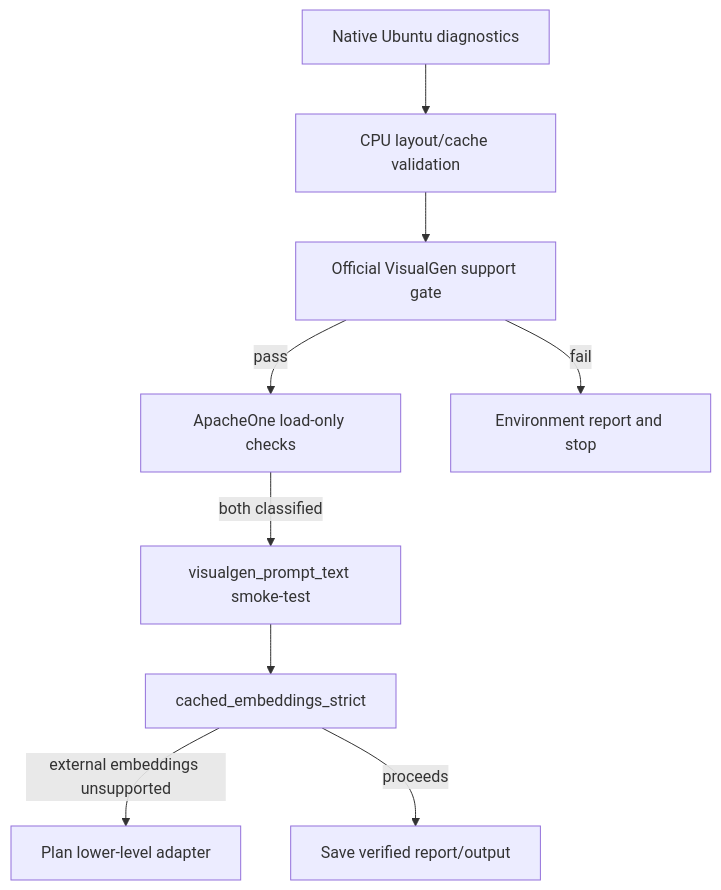
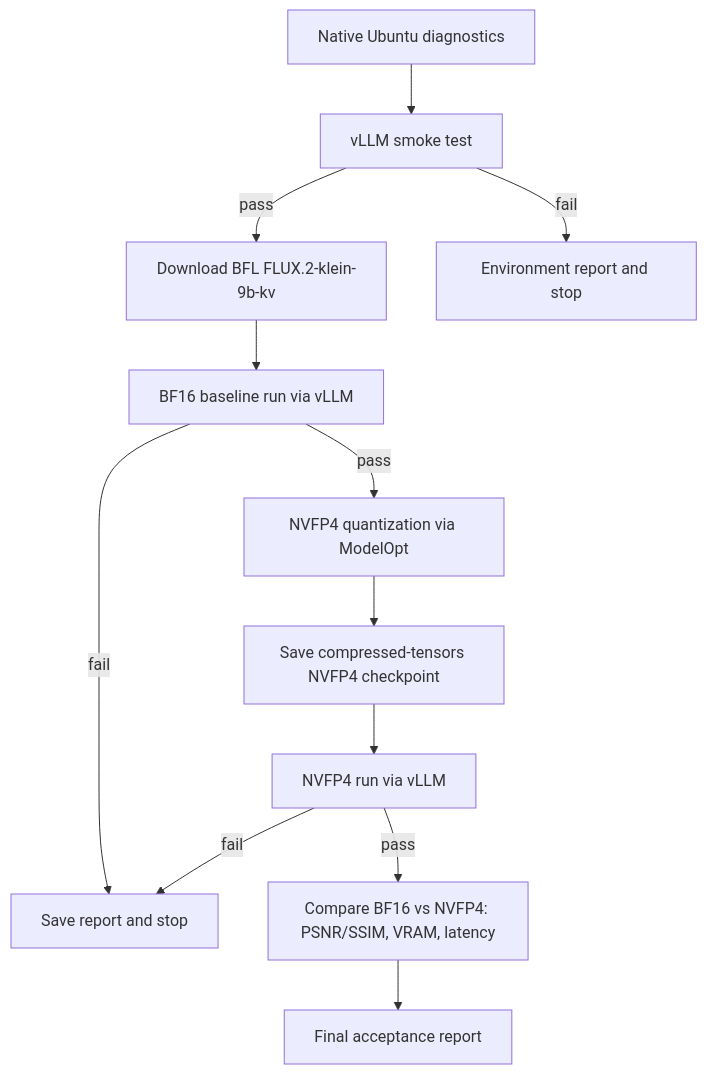
One commit to ChudoPes13/Flux2_KV_26_04 changed the diagram in architecture.md. Above: the diagram before and after it, drawn with Mermaid. The commit also changed other lines of this file and 24 other files, not shown here.

````diff
--- a/architecture.md
+++ b/architecture.md
@@ -62,11 +63,14 @@
 ```mermaid
 flowchart TD
-    E[Native Ubuntu diagnostics] --> C[CPU layout/cache validation]
-    C --> V[Official VisualGen support gate]
-    V -->|pass| A[ApacheOne load-only checks]
+    E[Native Ubuntu diagnostics] --> V[vLLM smoke test]
+    V -->|pass| D[Download BFL FLUX.2-klein-9b-kv]
     V -->|fail| R[Environment report and stop]
-    A -->|both classified| P[visualgen_prompt_text smoke-test]
-    P --> S[cached_embeddings_strict]
-    S -->|external embeddings unsupported| L[Plan lower-level adapter]
-    S -->|proceeds| O[Save verified report/output]
+    D --> B[BF16 baseline run via vLLM]
+    B -->|pass| Q[NVFP4 quantization via ModelOpt]
+    B -->|fail| X[Save report and stop]
+    Q --> L[Save compressed-tensors NVFP4 checkpoint]
+    L --> N[NVFP4 run via vLLM]
+    N -->|pass| C[Compare BF16 vs NVFP4: PSNR/SSIM, VRAM, latency]
+    N -->|fail| X
+    C --> O[Final acceptance report]
 ```
````
